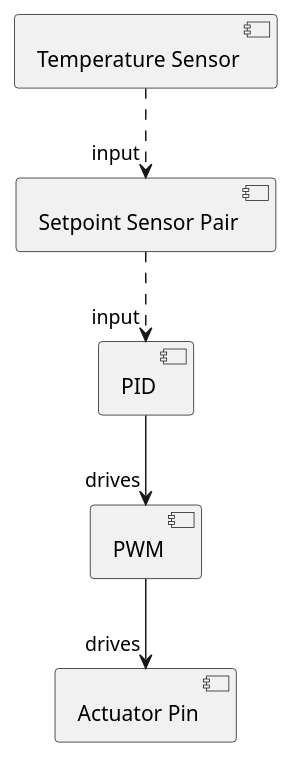
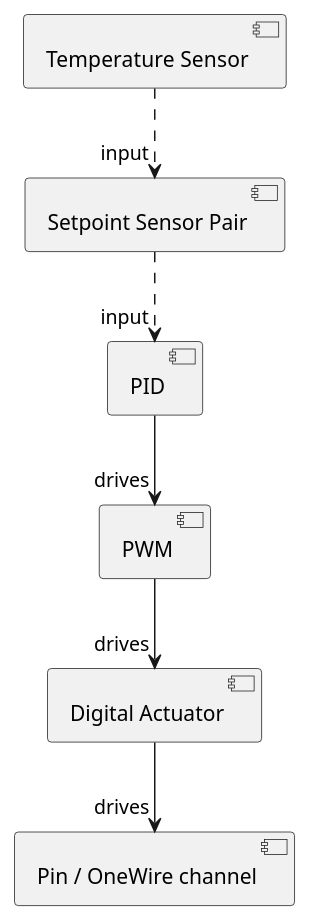
Before and after one commit to BrewBlox/brewblox-documentation: the diagram in docs/uml/basic_chain.puml, drawn with PlantUML. The commit also changed 7 other files, not shown here.

```diff
--- a/docs/uml/basic_chain.puml
+++ b/docs/uml/basic_chain.puml
@@ -1,13 +1,16 @@
 @startuml Basic control chain
+component Sensor as "Temperature Sensor"
+component SSP as "Setpoint Sensor Pair"
 component PID
 component PWM
-component Pin as "Actuator Pin"
-component SSP as "Setpoint Sensor Pair"
-component Sensor as "Temperature Sensor"
+component Digital as "Digital Actuator"
+component Pin as "Pin / OneWire channel"
 
 Sensor .down.> "input" SSP
 SSP .down.> "input" PID
 PID -down-> "drives" PWM
-PWM -down-> "drives" Pin
+PWM -down-> "drives" Digital
+Digital -down-> "drives" Pin
+
 
 @enduml
```
